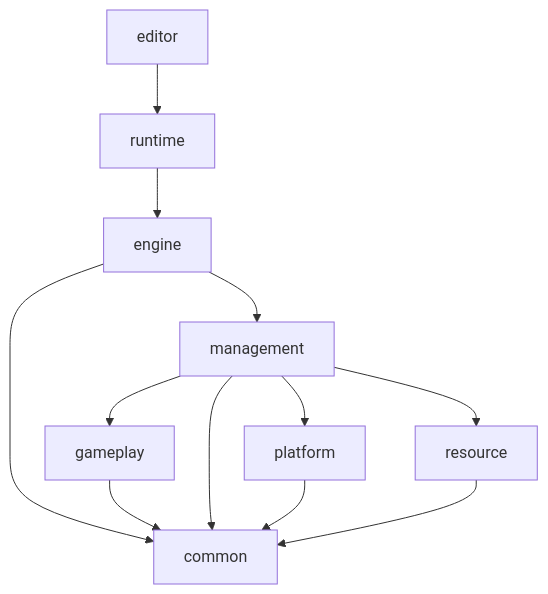
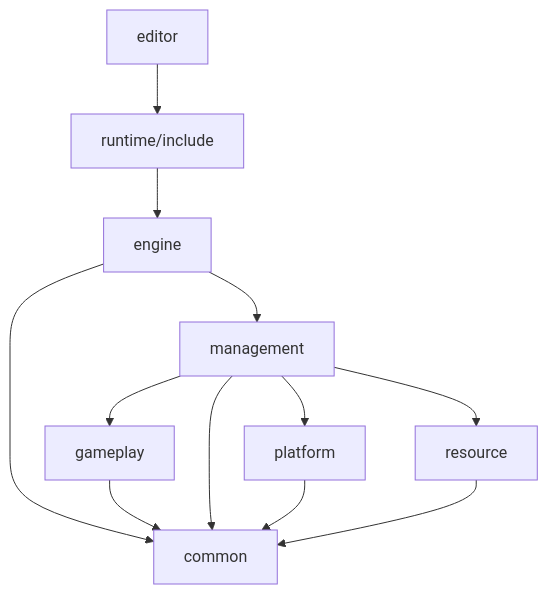
The diagram in README.md (xmmmmmovo/TaixuEngine), drawn with Mermaid before and after one commit. The commit also changed 150 other files, not shown here.

````diff
--- a/README.md
+++ b/README.md
@@ -20,14 +20,14 @@
 ```mermaid
 flowchart TD
-    editor --> runtime;
-    runtime --> engine;
+    editor --> runtime/include;
+    runtime/include --> engine;
     engine --> common;
     engine --> management;
     management --> gameplay;
     management --> resource;
     management --> platform;
     gameplay --> common;
     management --> common;
     platform --> common;
     resource --> common;
 ```
````
